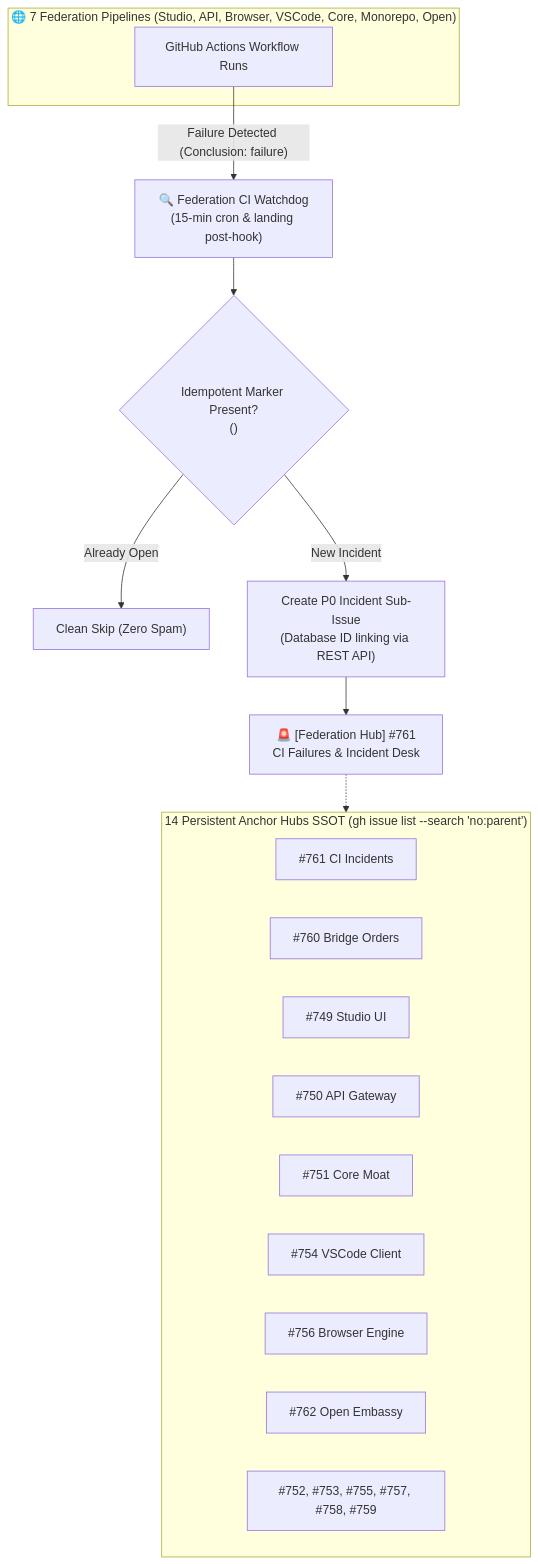
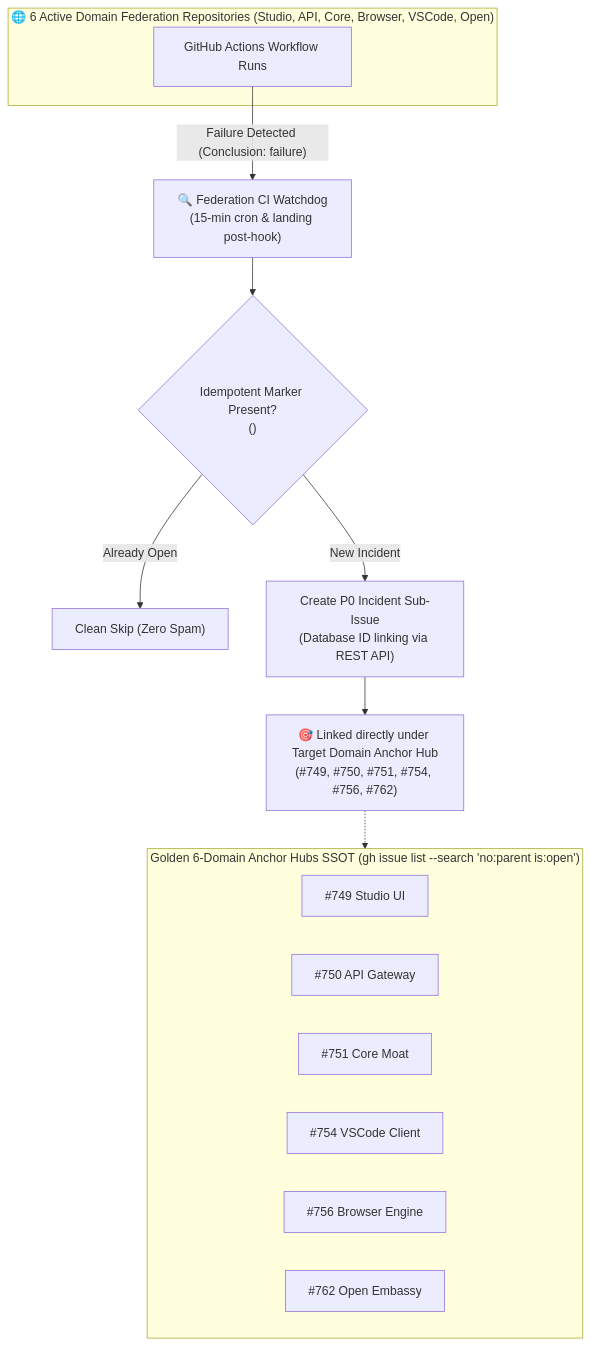
One commit to Supremeai-bd/supremeai-open changed the third of 3 diagrams in README.md. Above: the diagram before and after it, drawn with Mermaid. The commit also changed 1 other file, not shown here.

Commit message:
docs(topology): update README diagram and watchdog fallback to Golden 6-Domain Anchors

````diff
--- a/README.md
+++ b/README.md
@@ -95,28 +95,25 @@
 ```mermaid
 flowchart TD
-    subgraph ALL_SATS ["🌐 7 Federation Pipelines (Studio, API, Browser, VSCode, Core, Monorepo, Open)"]
+    subgraph ALL_SATS ["🌐 6 Active Domain Federation Repositories (Studio, API, Core, Browser, VSCode, Open)"]
         RUNS["GitHub Actions Workflow Runs"]
     end
 
     RUNS -->|"Failure Detected (Conclusion: failure)"| WATCHDOG["🔍 Federation CI Watchdog<br>(15-min cron & landing post-hook)"]
     
     WATCHDOG --> DEDUP{"Idempotent Marker Present?<br>(<!-- MIRROR_RUN: ... -->)"}
     DEDUP -- "Already Open" --> NOOP["Clean Skip (Zero Spam)"]
     DEDUP -- "New Incident" --> INGEST["Create P0 Incident Sub-Issue<br>(Database ID linking via REST API)"]
     
-    INGEST --> HUB["🚨 [Federation Hub] #761<br>CI Failures & Incident Desk"]
+    INGEST --> DOMAIN_ANCHOR["🎯 Linked directly under Target Domain Anchor Hub<br>(#749, #750, #751, #754, #756, #762)"]
     
-    subgraph BOARD ["14 Persistent Anchor Hubs SSOT (gh issue list --search 'no:parent')"]
-        H761["#761 CI Incidents"]
-        H760["#760 Bridge Orders"]
+    subgraph BOARD ["Golden 6-Domain Anchor Hubs SSOT (gh issue list --search 'no:parent is:open')"]
         H749["#749 Studio UI"]
         H750["#750 API Gateway"]
         H751["#751 Core Moat"]
         H754["#754 VSCode Client"]
         H756["#756 Browser Engine"]
         H762["#762 Open Embassy"]
-        H_MORE["#752, #753, #755, #757, #758, #759"]
     end
     
-    HUB -.-> BOARD
+    DOMAIN_ANCHOR -.-> BOARD
 ```
````
